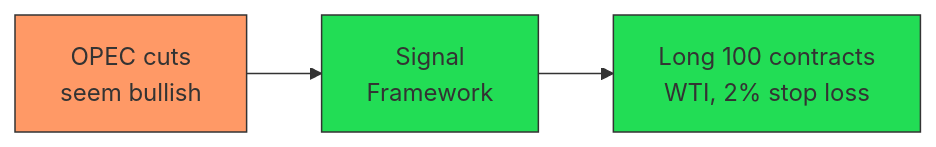
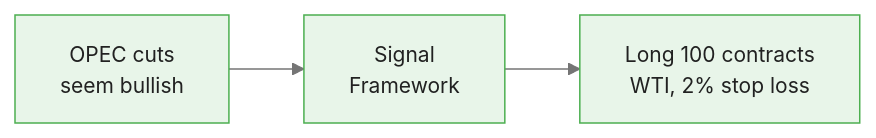
One commit to m-deane/course-creator changed the first of 6 diagrams in courses/genai-commodities/modules/module_05_signals/guides/01_signal_frameworks_slides.md. Above: the diagram before and after it, drawn with Mermaid. The commit also changed other lines of this file and 84 other files, not shown here.

````diff
--- a/courses/genai-commodities/modules/module_05_signals/guides/01_signal_frameworks_slides.md
+++ b/courses/genai-commodities/modules/module_05_signals/guides/01_signal_frameworks_slides.md
@@ -24,9 +24,6 @@
 ```mermaid
+%%{init: {"theme": "base", "themeVariables": {"primaryColor": "#e8f5e9", "primaryBorderColor": "#4caf50", "primaryTextColor": "#212121", "secondaryColor": "#e3f2fd", "tertiaryColor": "#fff8e1", "lineColor": "#757575", "fontFamily": "Inter, sans-serif", "fontSize": "14px"}}}%%
 flowchart LR
     A["OPEC cuts<br/>seem bullish"] --> B[Signal<br/>Framework]
     B --> C["Long 100 contracts<br/>WTI, 2% stop loss"]
-
-    style A fill:#f96,stroke:#333
-    style B fill:#2d5,stroke:#333
-    style C fill:#2d5,stroke:#333
 ```
````
